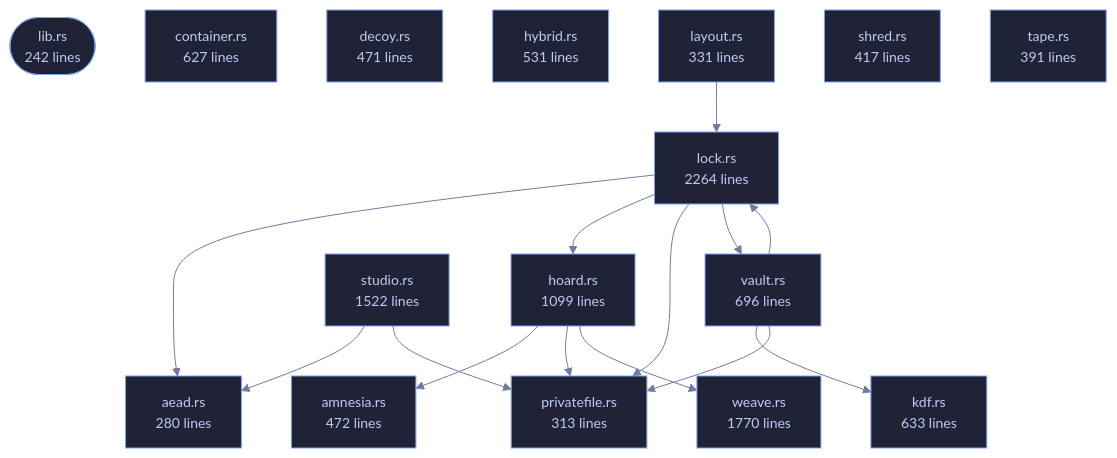
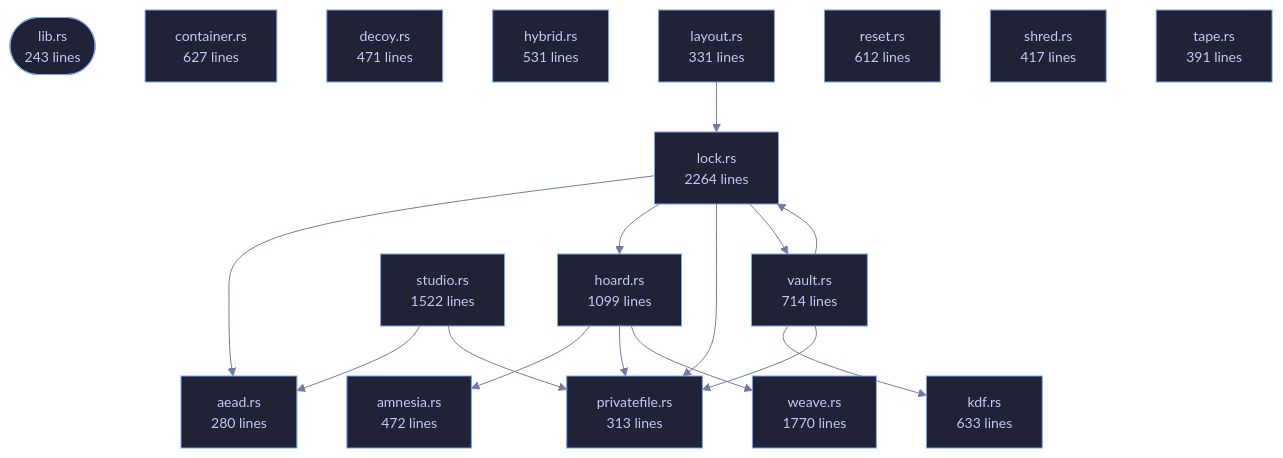
Before and after one commit to tilas01/veilvoice: the diagram in crates/veilvoice-crypto/README.md, drawn with Mermaid. The commit also changed other lines of this file and 102 other files, not shown here.

````diff
--- a/crates/veilvoice-crypto/README.md
+++ b/crates/veilvoice-crypto/README.md
@@ -108,49 +108,51 @@
 ```mermaid
 %%{init: {"theme":"base","themeVariables":{"background":"#1a1b26","primaryColor":"#1f2335","primaryTextColor":"#c0caf5","primaryBorderColor":"#7aa2f7","secondaryColor":"#16161e","tertiaryColor":"#16161e","lineColor":"#737aa2","textColor":"#c0caf5","mainBkg":"#1f2335","nodeBorder":"#7aa2f7","clusterBkg":"#16161e","clusterBorder":"#2f3549","fontFamily":"ui-monospace, SFMono-Regular, Consolas, monospace","fontSize":"14px"}}}%%
 flowchart TD
-    n_lib(["lib.rs<br/>242 lines"])
+    n_lib(["lib.rs<br/>243 lines"])
     n_aead["aead.rs<br/>280 lines"]
     n_amnesia["amnesia.rs<br/>472 lines"]
     n_container["container.rs<br/>627 lines"]
     n_decoy["decoy.rs<br/>471 lines"]
     n_hoard["hoard.rs<br/>1099 lines"]
     n_hybrid["hybrid.rs<br/>531 lines"]
     n_kdf["kdf.rs<br/>633 lines"]
     n_layout["layout.rs<br/>331 lines"]
     n_lock["lock.rs<br/>2264 lines"]
     n_privatefile["privatefile.rs<br/>313 lines"]
+    n_reset["reset.rs<br/>612 lines"]
     n_shred["shred.rs<br/>417 lines"]
     n_studio["studio.rs<br/>1522 lines"]
     n_tape["tape.rs<br/>391 lines"]
-    n_vault["vault.rs<br/>696 lines"]
+    n_vault["vault.rs<br/>714 lines"]
     n_weave["weave.rs<br/>1770 lines"]
     n_hoard --> n_amnesia
     n_hoard --> n_privatefile
     n_hoard --> n_weave
     n_layout --> n_lock
     n_lock --> n_aead
     n_lock --> n_hoard
     n_lock --> n_privatefile
     n_lock --> n_vault
     n_studio --> n_aead
     n_studio --> n_privatefile
     n_vault --> n_kdf
     n_vault --> n_lock
     n_vault --> n_privatefile
     click n_lib href "https://github.com/tilas01/veilvoice/blob/main/crates/veilvoice-crypto/src/lib.rs" "open the source"
     click n_aead href "https://github.com/tilas01/veilvoice/blob/main/crates/veilvoice-crypto/src/aead.rs" "open the source"
     click n_amnesia href "https://github.com/tilas01/veilvoice/blob/main/crates/veilvoice-crypto/src/amnesia.rs" "open the source"
     click n_container href "https://github.com/tilas01/veilvoice/blob/main/crates/veilvoice-crypto/src/container.rs" "open the source"
     click n_decoy href "https://github.com/tilas01/veilvoice/blob/main/crates/veilvoice-crypto/src/decoy.rs" "open the source"
     click n_hoard href "https://github.com/tilas01/veilvoice/blob/main/crates/veilvoice-crypto/src/hoard.rs" "open the source"
     click n_hybrid href "https://github.com/tilas01/veilvoice/blob/main/crates/veilvoice-crypto/src/hybrid.rs" "open the source"
     click n_kdf href "https://github.com/tilas01/veilvoice/blob/main/crates/veilvoice-crypto/src/kdf.rs" "open the source"
     click n_layout href "https://github.com/tilas01/veilvoice/blob/main/crates/veilvoice-crypto/src/layout.rs" "open the source"
     click n_lock href "https://github.com/tilas01/veilvoice/blob/main/crates/veilvoice-crypto/src/lock.rs" "open the source"
     click n_privatefile href "https://github.com/tilas01/veilvoice/blob/main/crates/veilvoice-crypto/src/privatefile.rs" "open the source"
+    click n_reset href "https://github.com/tilas01/veilvoice/blob/main/crates/veilvoice-crypto/src/reset.rs" "open the source"
     click n_shred href "https://github.com/tilas01/veilvoice/blob/main/crates/veilvoice-crypto/src/shred.rs" "open the source"
     click n_studio href "https://github.com/tilas01/veilvoice/blob/main/crates/veilvoice-crypto/src/studio.rs" "open the source"
     click n_tape href "https://github.com/tilas01/veilvoice/blob/main/crates/veilvoice-crypto/src/tape.rs" "open the source"
     click n_vault href "https://github.com/tilas01/veilvoice/blob/main/crates/veilvoice-crypto/src/vault.rs" "open the source"
     click n_weave href "https://github.com/tilas01/veilvoice/blob/main/crates/veilvoice-crypto/src/weave.rs" "open the source"
 ```
````
